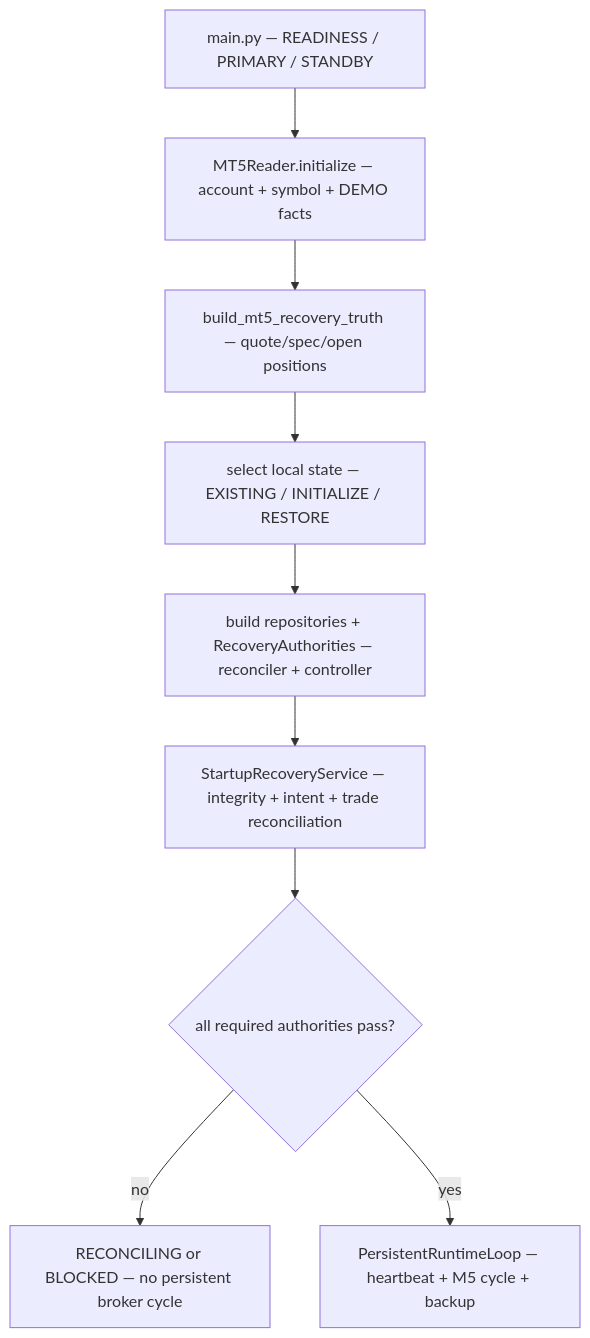
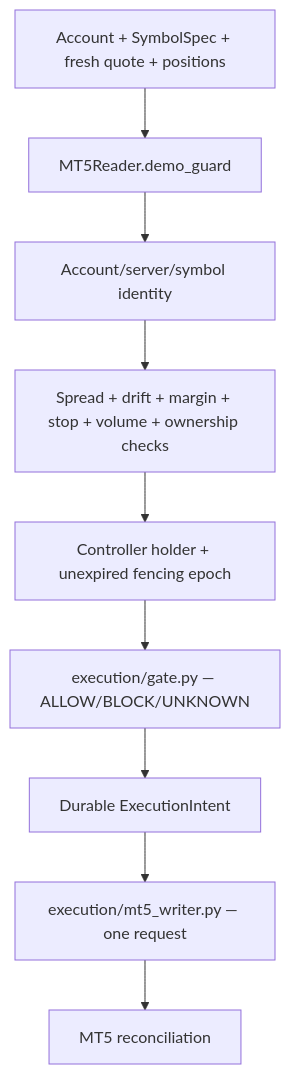
One commit to qamaratwork00-cmyk/GoldSwingTraderAI changed the fourth of 8 diagrams in docs/CODER_GUIDE.md. Above: the diagram before and after it, drawn with Mermaid. The commit also changed other lines of this file and 33 other files, not shown here.

````diff
--- a/docs/CODER_GUIDE.md
+++ b/docs/CODER_GUIDE.md
@@ -94,11 +424,11 @@
-```mermaid
+~~~mermaid
 flowchart TB
-    MODE["main.py — READINESS / PRIMARY / STANDBY"] --> INIT["MT5Reader.initialize — account + symbol + DEMO facts"]
-    INIT --> TRUTH["build_mt5_recovery_truth — quote/spec/open positions"]
-    TRUTH --> STATE["select local state — EXISTING / INITIALIZE / RESTORE"]
-    STATE --> OWNERS["build repositories + RecoveryAuthorities — reconciler + controller"]
-    OWNERS --> RECOVER["StartupRecoveryService — integrity + intent + trade reconciliation"]
-    RECOVER --> READY{"all required authorities pass?"}
-    READY -->|"no"| STOP["RECONCILING or BLOCKED — no persistent broker cycle"]
-    READY -->|"yes"| RUN["PersistentRuntimeLoop — heartbeat + M5 cycle + backup"]
-```
+    FACTS["Account + SymbolSpec + fresh quote + positions"] --> DEMO["MT5Reader.demo_guard"]
+    DEMO --> ID["Account/server/symbol identity"]
+    ID --> CHECKS["Spread + drift + margin + stop + volume + ownership checks"]
+    CHECKS --> CTRL["Controller holder + unexpired fencing epoch"]
+    CTRL --> GATE["execution/gate.py — ALLOW/BLOCK/UNKNOWN"]
+    GATE --> INTENT["Durable ExecutionIntent"]
+    INTENT --> WRITER["execution/mt5_writer.py — one request"]
+    WRITER --> VERIFY["MT5 reconciliation"]
+~~~
````
